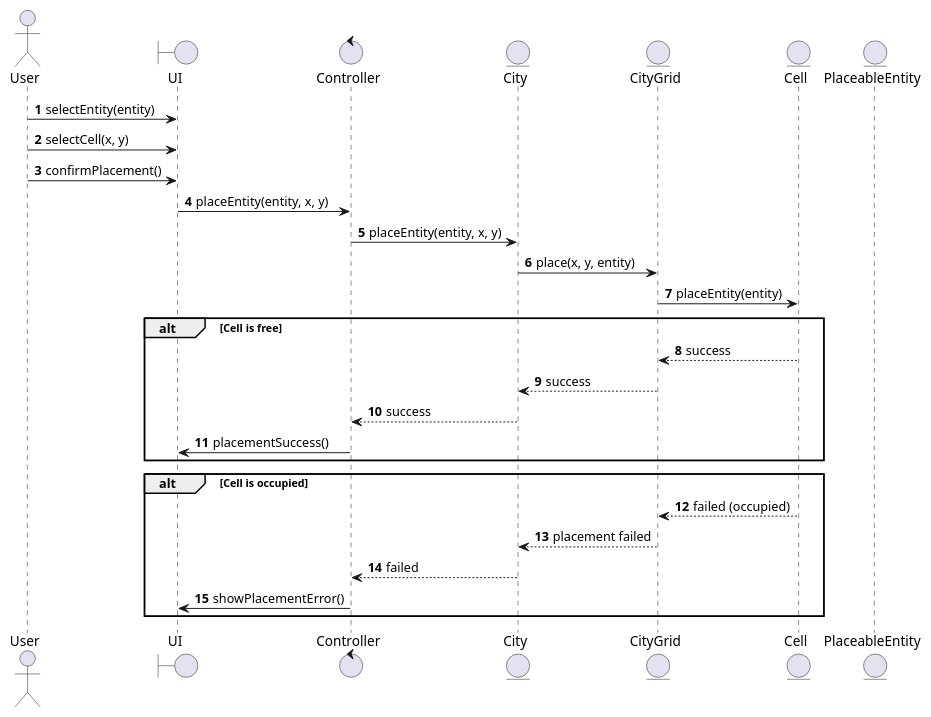
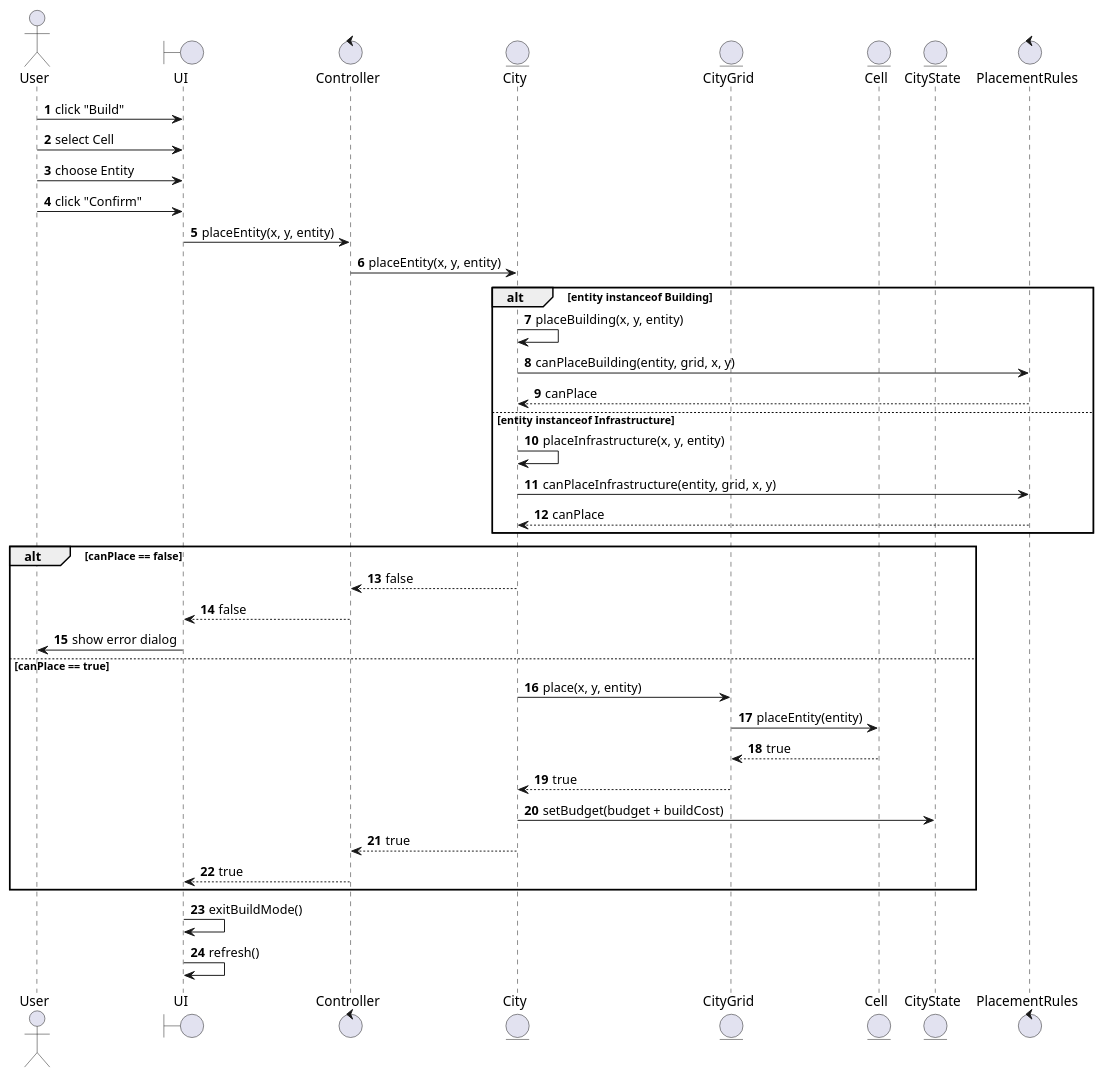
One commit to Anna-code17/ssa_project changed the second of 5 diagrams in documents/diagrams_md/system_sequence_diagrams.md. Above: the diagram before and after it, drawn with PlantUML.

````diff
--- a/documents/diagrams_md/system_sequence_diagrams.md
+++ b/documents/diagrams_md/system_sequence_diagrams.md
@@ -100,40 +100,55 @@
 ```plantuml
 
 @startuml
 autonumber
 
 actor User
 boundary UI
 control Controller
 entity City
 entity CityGrid
 entity Cell
-entity PlaceableEntity
+entity CityState
+control PlacementRules
 
-User -> UI : selectEntity(entity)
-User -> UI : selectCell(x, y)
-User -> UI : confirmPlacement()
+User -> UI : click "Build"
+User -> UI : select Cell
+User -> UI : choose Entity
+User -> UI : click "Confirm"
 
-UI -> Controller : placeEntity(entity, x, y)
+UI -> Controller : placeEntity(x, y, entity)
 
-Controller -> City : placeEntity(entity, x, y)
-City -> CityGrid : place(x, y, entity)
-CityGrid -> Cell : placeEntity(entity)
+Controller -> City : placeEntity(x, y, entity)
 
-alt Cell is free
-    Cell --> CityGrid : success
-    CityGrid --> City : success
-    City --> Controller : success
-    Controller -> UI : placementSuccess()
+alt entity instanceof Building
+    City -> City : placeBuilding(x, y, entity)
+    City -> PlacementRules : canPlaceBuilding(entity, grid, x, y)
+    PlacementRules --> City : canPlace
+else entity instanceof Infrastructure
+    City -> City : placeInfrastructure(x, y, entity)
+    City -> PlacementRules : canPlaceInfrastructure(entity, grid, x, y)
+    PlacementRules --> City : canPlace
 end
 
-alt Cell is occupied
-    Cell --> CityGrid : failed (occupied)
-    CityGrid --> City : placement failed
-    City --> Controller : failed
-    Controller -> UI : showPlacementError()
-end
+alt canPlace == false
+    City --> Controller : false
+    Controller --> UI : false
+    UI -> User : show error dialog
+else canPlace == true
+    City -> CityGrid : place(x, y, entity)
+    CityGrid -> Cell : placeEntity(entity)
 
-@enduml 
+    Cell --> CityGrid : true
+    CityGrid --> City : true
+        
+    City -> CityState : setBudget(budget + buildCost)
+        
+    City --> Controller : true
+    Controller --> UI : true
+  end      
+    UI -> UI : exitBuildMode()
+    UI -> UI : refresh()
+ 
+@enduml
 
 ```
````
